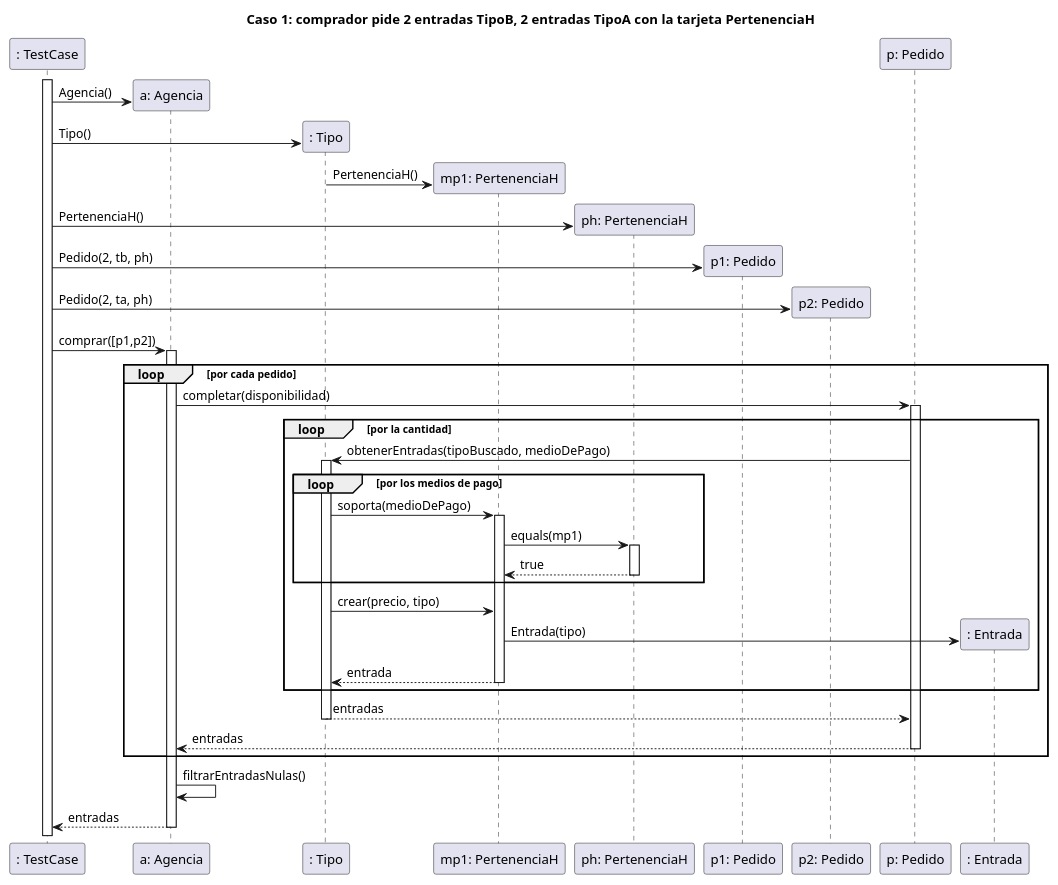
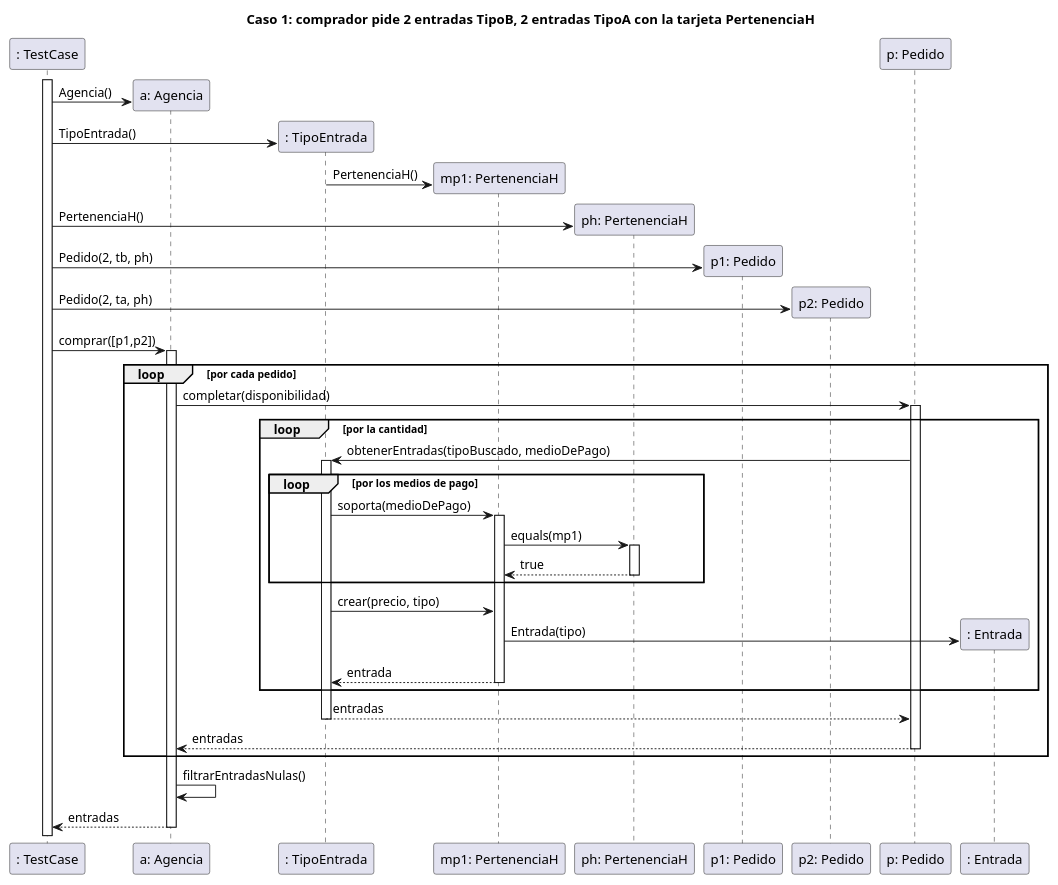
One commit to fiuba/algo3_recital changed the diagram in diagrams/exercise_01/ds3.plantuml. Above: the diagram before and after it, drawn with PlantUML. The commit also changed 11 other files, not shown here.

Commit message:
Cambio tipo por tipoEntrada

```diff
--- a/diagrams/exercise_01/ds3.plantuml
+++ b/diagrams/exercise_01/ds3.plantuml
@@ -1,54 +1,54 @@
 @startuml
 title Caso 1: comprador pide 2 entradas TipoB, 2 entradas TipoA con la tarjeta PertenenciaH
 
 activate ": TestCase"
 create "a: Agencia"
 ": TestCase" -> "a: Agencia": Agencia()
 
-create ": Tipo"
-": TestCase" -> ": Tipo": Tipo()
+create ": TipoEntrada"
+": TestCase" -> ": TipoEntrada": TipoEntrada()
 
 create "mp1: PertenenciaH"
-": Tipo" -> "mp1: PertenenciaH": PertenenciaH()
+": TipoEntrada" -> "mp1: PertenenciaH": PertenenciaH()
 
 create "ph: PertenenciaH"
 ": TestCase" -> "ph: PertenenciaH": PertenenciaH()
 
 create "p1: Pedido"
 ": TestCase" -> "p1: Pedido": Pedido(2, tb, ph)
 
 create "p2: Pedido"
 ": TestCase" -> "p2: Pedido": Pedido(2, ta, ph)
 
 ": TestCase" -> "a: Agencia": comprar([p1,p2])
 activate "a: Agencia"
 loop por cada pedido
 
 "a: Agencia" -> "p: Pedido": completar(disponibilidad)
 activate "p: Pedido"
 
 loop por la cantidad
-"p: Pedido" -> ": Tipo": obtenerEntradas(tipoBuscado, medioDePago)
-activate ": Tipo"
+"p: Pedido" -> ": TipoEntrada": obtenerEntradas(tipoBuscado, medioDePago)
+activate ": TipoEntrada"
 
 loop por los medios de pago
-": Tipo" -> "mp1: PertenenciaH": soporta(medioDePago)
+": TipoEntrada" -> "mp1: PertenenciaH": soporta(medioDePago)
 activate "mp1: PertenenciaH"
 
 "mp1: PertenenciaH" -> "ph: PertenenciaH": equals(mp1)
 activate "ph: PertenenciaH"
 return true
 end
 
-": Tipo" -> "mp1: PertenenciaH": crear(precio, tipo)
+": TipoEntrada" -> "mp1: PertenenciaH": crear(precio, tipo)
 
 create ": Entrada"
 "mp1: PertenenciaH" -> ": Entrada": Entrada(tipo)
 return entrada
 end
 return entradas
 return entradas
 end
 "a: Agencia" -> "a: Agencia": filtrarEntradasNulas()
 return entradas
 @enduml
```
